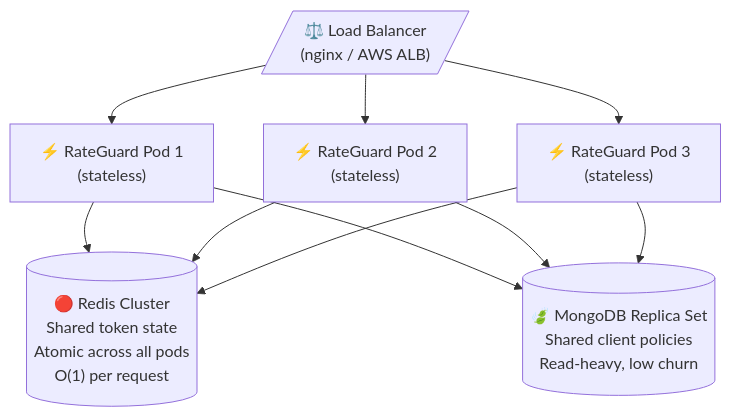
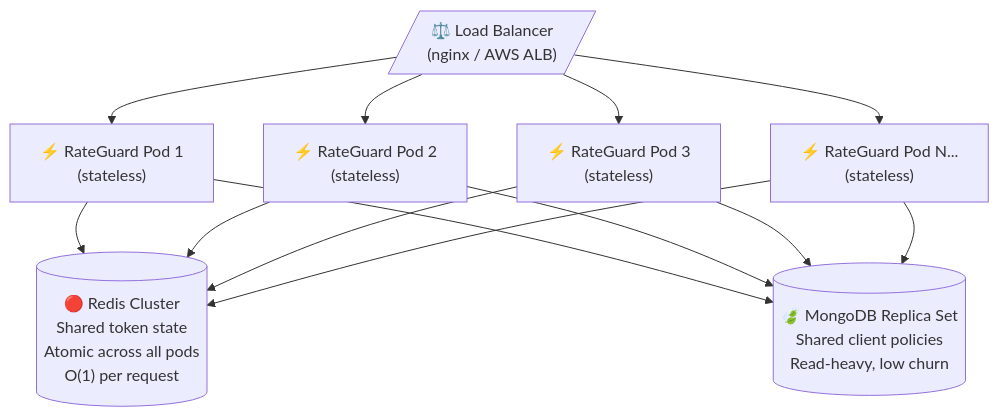
The eighth of 8 diagrams in README.md (ramalokeshreddyp/RateGuard), drawn with Mermaid before and after one commit. The commit also changed other lines of this file and 2 other files, not shown here.

Commit message:
docs: comprehensive rewrite of README, ARCHITECTURE, and projectdocumentation (v2.0) - 43 tests, GET /clients/:id, X-RateLimit-* headers, BCRYPT_ROUNDS, ioredis-mock, .dockerignore

````diff
--- a/README.md
+++ b/README.md
@@ -703,11 +764,12 @@
 ```mermaid
 flowchart TB
     LB[/"⚖️ Load Balancer\n(nginx / AWS ALB)"/]
 
     LB --> P1["⚡ RateGuard Pod 1\n(stateless)"]
     LB --> P2["⚡ RateGuard Pod 2\n(stateless)"]
     LB --> P3["⚡ RateGuard Pod 3\n(stateless)"]
+    LB --> PN["⚡ RateGuard Pod N...\n(stateless)"]
 
-    P1 & P2 & P3 --> RD[("🔴 Redis Cluster\nShared token state\nAtomic across all pods\nO(1) per request")]
-    P1 & P2 & P3 --> MG[("🍃 MongoDB Replica Set\nShared client policies\nRead-heavy, low churn")]
+    P1 & P2 & P3 & PN --> RD[("🔴 Redis Cluster\nShared token state\nAtomic across all pods\nO(1) per request")]
+    P1 & P2 & P3 & PN --> MG[("🍃 MongoDB Replica Set\nShared client policies\nRead-heavy, low churn")]
 ```
````
